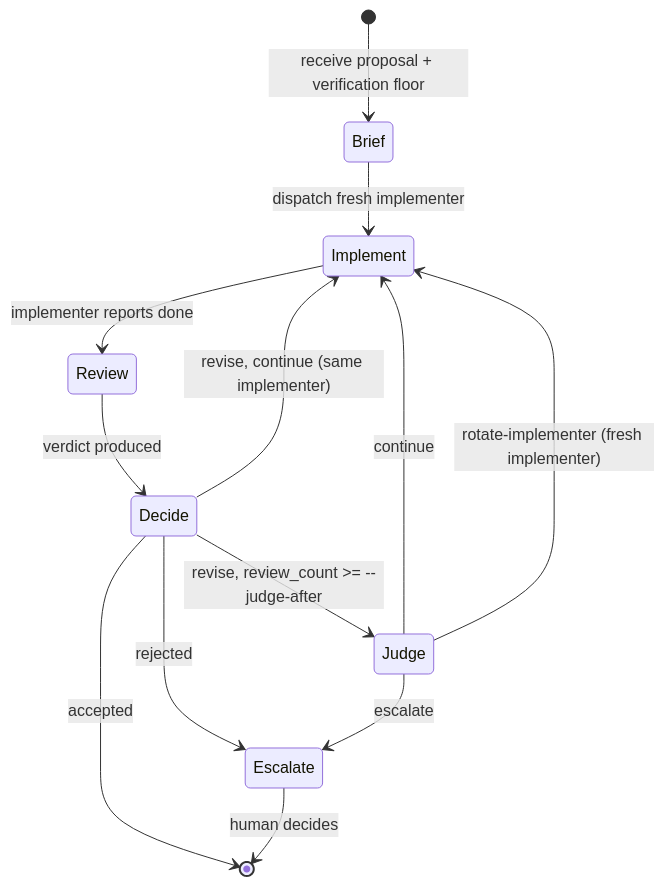
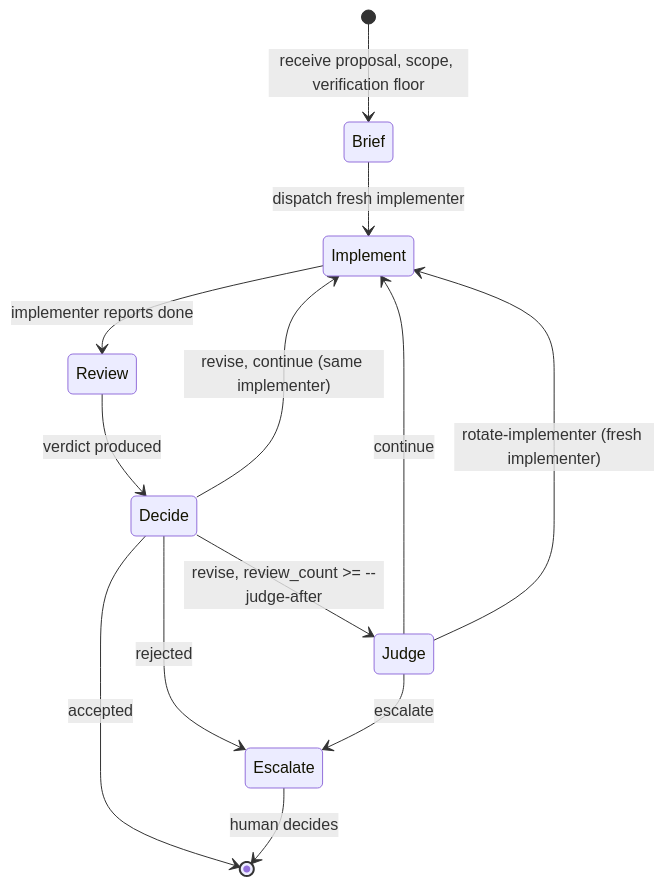
Before and after one commit to weftwiseink/clauthier: the diagram in plugins/cdocs/skills/iterate/SKILL.md, drawn with Mermaid. The commit also changed other lines of this file and 1 other file, not shown here.

````diff
--- a/plugins/cdocs/skills/iterate/SKILL.md
+++ b/plugins/cdocs/skills/iterate/SKILL.md
@@ -51,15 +37,15 @@
 ```mermaid
 stateDiagram-v2
-    [*] --> Brief: receive proposal + verification floor
+    [*] --> Brief: receive proposal, scope, verification floor
     Brief --> Implement: dispatch fresh implementer
     Implement --> Review: implementer reports done
     Review --> Decide: verdict produced
     Decide --> Implement: revise, continue (same implementer)
     Decide --> Judge: revise, review_count >= --judge-after
     Decide --> [*]: accepted
     Decide --> Escalate: rejected
     Judge --> Implement: continue
     Judge --> Implement: rotate-implementer (fresh implementer)
     Judge --> Escalate: escalate
     Escalate --> [*]: human decides
 ```
````
